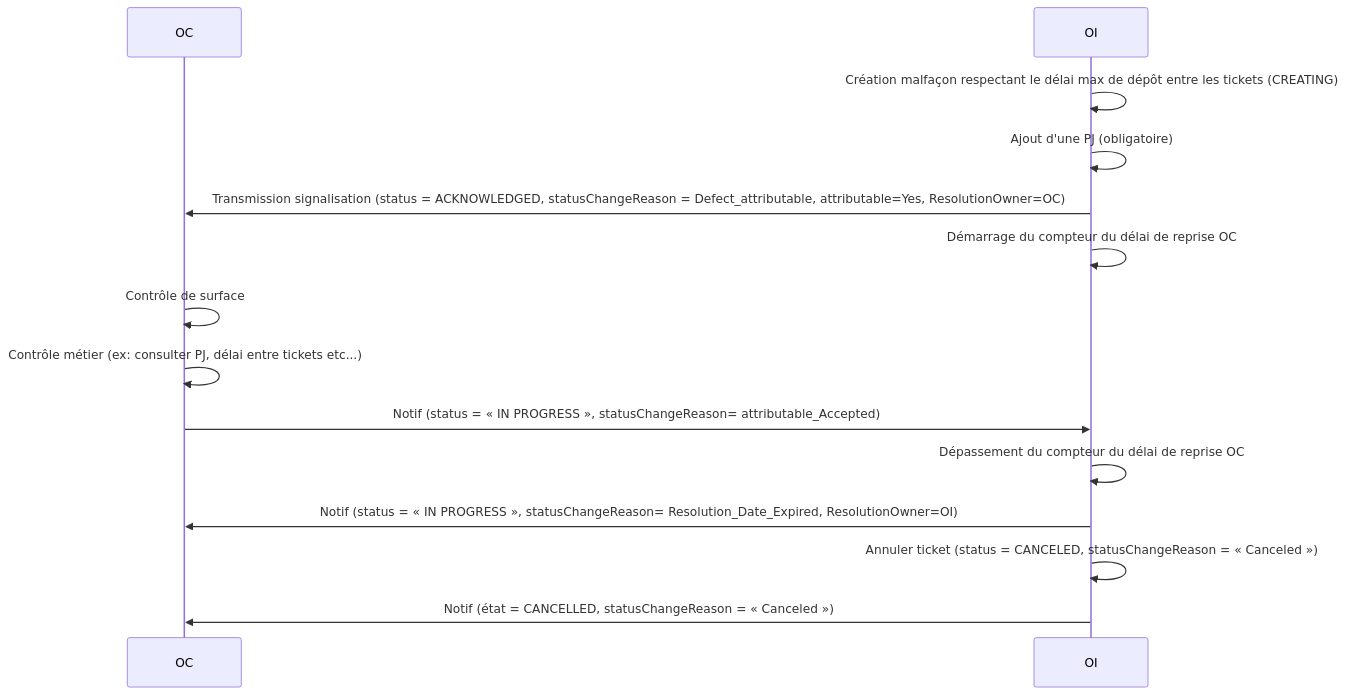
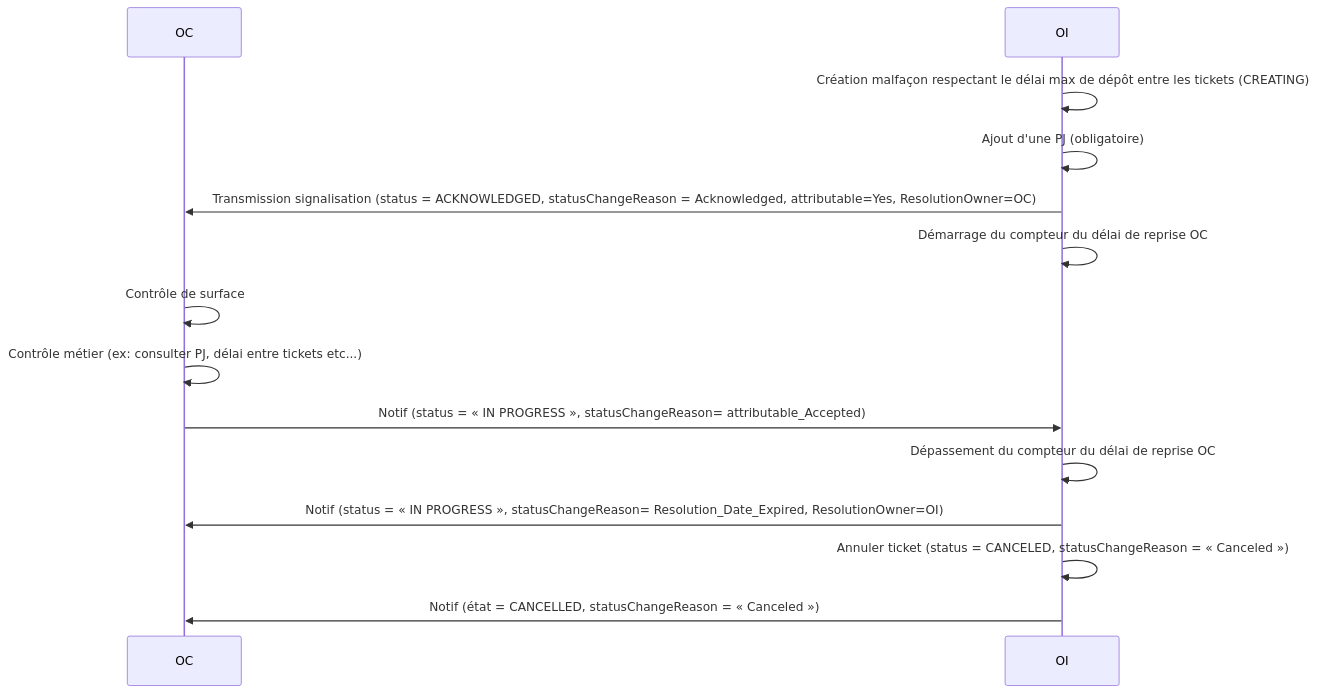
One commit to before-interop/malfacon changed the fourth of 12 diagrams in README.md. Above: the diagram before and after it, drawn with Mermaid. The commit also changed other lines of this file, not shown here.

````diff
--- a/README.md
+++ b/README.md
@@ -409,18 +409,18 @@
 ```mermaid
 sequenceDiagram
 
   participant OC
   participant OI
 
   OI->>OI: Création malfaçon respectant le délai max de dépôt entre les tickets (CREATING)
   OI->>OI: Ajout d'une PJ (obligatoire)
-  OI->>OC: Transmission signalisation (status = ACKNOWLEDGED, statusChangeReason = Defect_attributable, attributable=Yes, ResolutionOwner=OC)
+  OI->>OC: Transmission signalisation (status = ACKNOWLEDGED, statusChangeReason = Acknowledged, attributable=Yes, ResolutionOwner=OC)
   OI->>OI: Démarrage du compteur du délai de reprise OC
   OC->>OC: Contrôle de surface
   OC->>OC: Contrôle métier (ex: consulter PJ, délai entre tickets etc...)
   OC->>OI: Notif (status = « IN PROGRESS », statusChangeReason= attributable_Accepted)
   OI->>OI: Dépassement du compteur du délai de reprise OC
   OI->>OC: Notif (status = « IN PROGRESS », statusChangeReason= Resolution_Date_Expired, ResolutionOwner=OI)
   OI->>OI: Annuler ticket (status = CANCELED, statusChangeReason = « Canceled »)
   OI->>OC: Notif (état = CANCELLED, statusChangeReason = « Canceled »)
 ```
````
